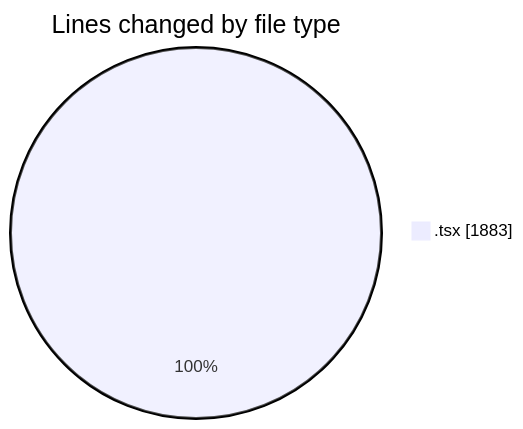
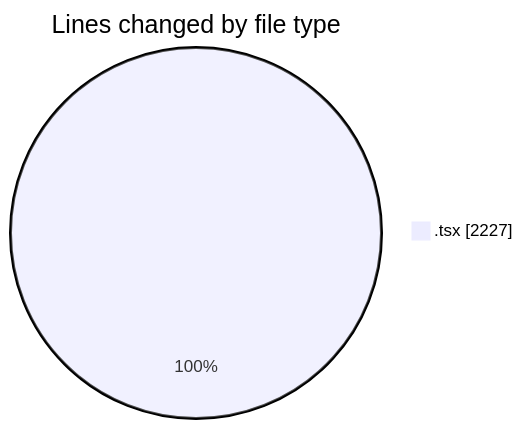
Before and after one commit to nxtqubesakshisongat/code-tracking: the first of 2 diagrams in 2026-08-24/nxtqube_webapp/README.md, drawn with Mermaid. The commit also changed other lines of this file and 1 other file, not shown here.

````diff
--- a/2026-08-24/nxtqube_webapp/README.md
+++ b/2026-08-24/nxtqube_webapp/README.md
@@ -29,5 +30,5 @@
 ```mermaid
 pie showData
 title Lines changed by file type
-".tsx" : 1883
+".tsx" : 2227
 ```
````
